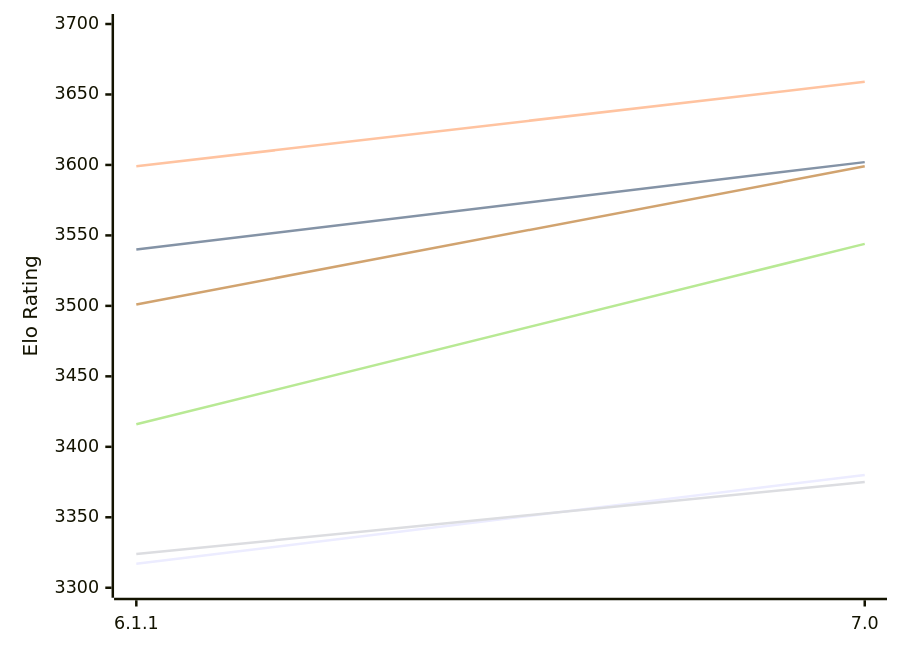
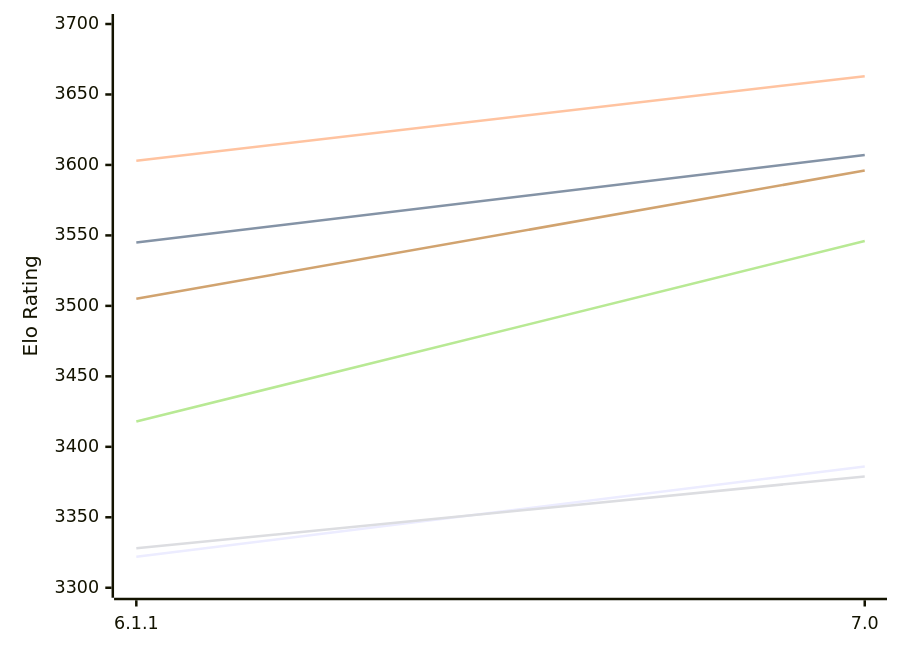
One commit to computer-chess-index/cci changed the first of 2 diagrams in engines/Astra.md. Above: the diagram before and after it, drawn with Mermaid. The commit also changed other lines of this file, not shown here.

Commit message:
Update CCI Ratings (ELO VLTC) - 2026-11-20

````diff
--- a/engines/Astra.md
+++ b/engines/Astra.md
@@ -50,12 +50,12 @@
 ```mermaid
 %%{init: {"theme":"base","themeVariables":{"seriesColors:['#a3a3a3','#222221','#faa371']}}}%%
 xychart-beta
   x-axis ["6.1.1", "7.0"]
   y-axis "Elo Rating" 3300 --> 3700
-  line "E1: STC (8.0+0.08s)" [3317, 3380]
-  line "E1: LTC (60.0+0.60s)" [3540, 3602]
-  line "E1: VLTC (2m24s+1.12s)" [3599, 3659]
-  line "P1: STC (8.0+0.08s)" [3324, 3375]
-  line "P1: LTC (60.0+0.60s)" [3416, 3544]
-  line "P1: VLTC (2m24s+1.12s)" [3501, 3599]
+  line "E1: STC (8.0+0.08s)" [3322, 3386]
+  line "E1: LTC (60.0+0.60s)" [3545, 3607]
+  line "E1: VLTC (2m24s+1.12s)" [3603, 3663]
+  line "P1: STC (8.0+0.08s)" [3328, 3379]
+  line "P1: LTC (60.0+0.60s)" [3418, 3546]
+  line "P1: VLTC (2m24s+1.12s)" [3505, 3596]
 ```
````
